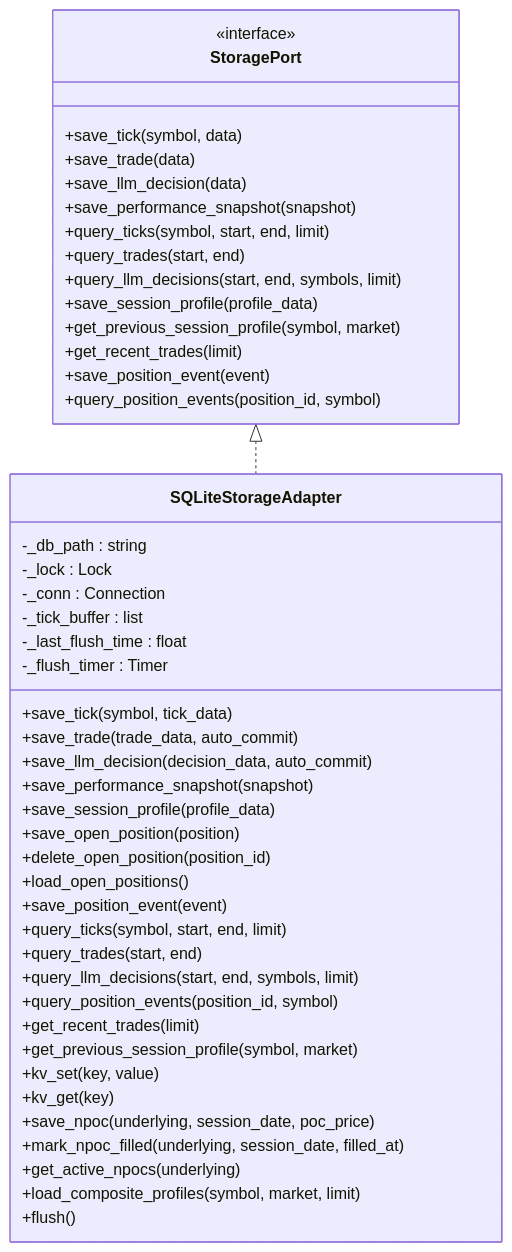
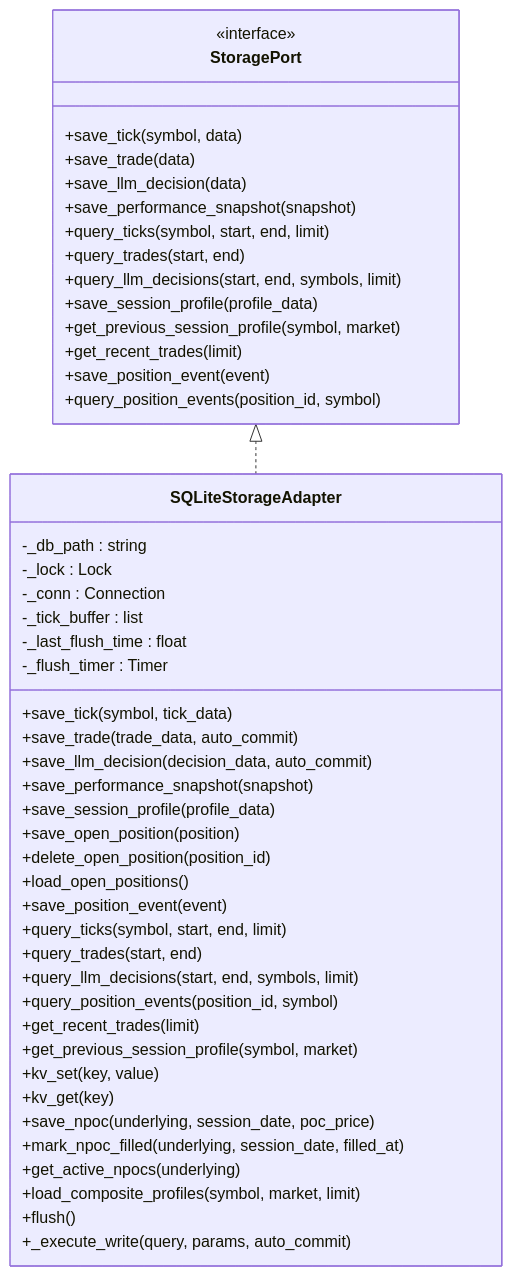
The third of 7 diagrams in .qoder/repowiki/en/content/Backend Application/Infrastructure Adapters/Storage Adapters.md (gemrajkhatry-maker/v5-of-glassytrade-ai), drawn with Mermaid before and after one commit. The commit also changed other lines of this file and 930 other files, not shown here.

````diff
--- a/.qoder/repowiki/en/content/Backend Application/Infrastructure Adapters/Storage Adapters.md
+++ b/.qoder/repowiki/en/content/Backend Application/Infrastructure Adapters/Storage Adapters.md
@@ -155,49 +177,50 @@
 ```mermaid
 classDiagram
 class StoragePort {
 <<interface>>
 +save_tick(symbol, data)
 +save_trade(data)
 +save_llm_decision(data)
 +save_performance_snapshot(snapshot)
 +query_ticks(symbol, start, end, limit)
 +query_trades(start, end)
 +query_llm_decisions(start, end, symbols, limit)
 +save_session_profile(profile_data)
 +get_previous_session_profile(symbol, market)
 +get_recent_trades(limit)
 +save_position_event(event)
 +query_position_events(position_id, symbol)
 }
 class SQLiteStorageAdapter {
 -_db_path : string
 -_lock : Lock
 -_conn : Connection
 -_tick_buffer : list
 -_last_flush_time : float
 -_flush_timer : Timer
 +save_tick(symbol, tick_data)
 +save_trade(trade_data, auto_commit)
 +save_llm_decision(decision_data, auto_commit)
 +save_performance_snapshot(snapshot)
 +save_session_profile(profile_data)
 +save_open_position(position)
 +delete_open_position(position_id)
 +load_open_positions()
 +save_position_event(event)
 +query_ticks(symbol, start, end, limit)
 +query_trades(start, end)
 +query_llm_decisions(start, end, symbols, limit)
 +query_position_events(position_id, symbol)
 +get_recent_trades(limit)
 +get_previous_session_profile(symbol, market)
 +kv_set(key, value)
 +kv_get(key)
 +save_npoc(underlying, session_date, poc_price)
 +mark_npoc_filled(underlying, session_date, filled_at)
 +get_active_npocs(underlying)
 +load_composite_profiles(symbol, market, limit)
 +flush()
++_execute_write(query, params, auto_commit)
 }
 StoragePort <|.. SQLiteStorageAdapter
 ```
````
